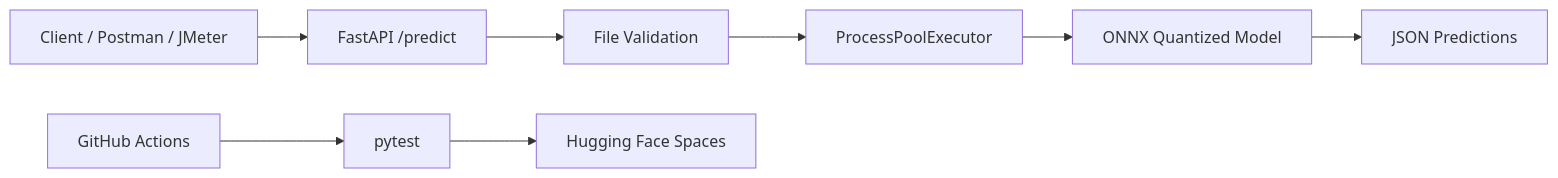
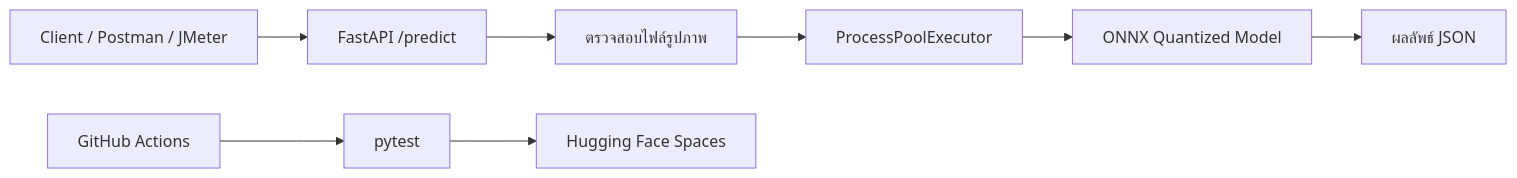
The diagram in README.md (Tanasphon/AIE_MLOP_project), drawn with Mermaid before and after one commit. The commit also changed other lines of this file, not shown here.

````diff
--- a/README.md
+++ b/README.md
@@ -17,10 +19,10 @@
 ```mermaid
 flowchart LR
     Client[Client / Postman / JMeter] --> API[FastAPI /predict]
-    API --> Validate[File Validation]
+    API --> Validate[ตรวจสอบไฟล์รูปภาพ]
     Validate --> Pool[ProcessPoolExecutor]
     Pool --> Model[ONNX Quantized Model]
-    Model --> Response[JSON Predictions]
+    Model --> Response[ผลลัพธ์ JSON]
     GitHub[GitHub Actions] --> Tests[pytest]
     Tests --> Deploy[Hugging Face Spaces]
 ```
````
